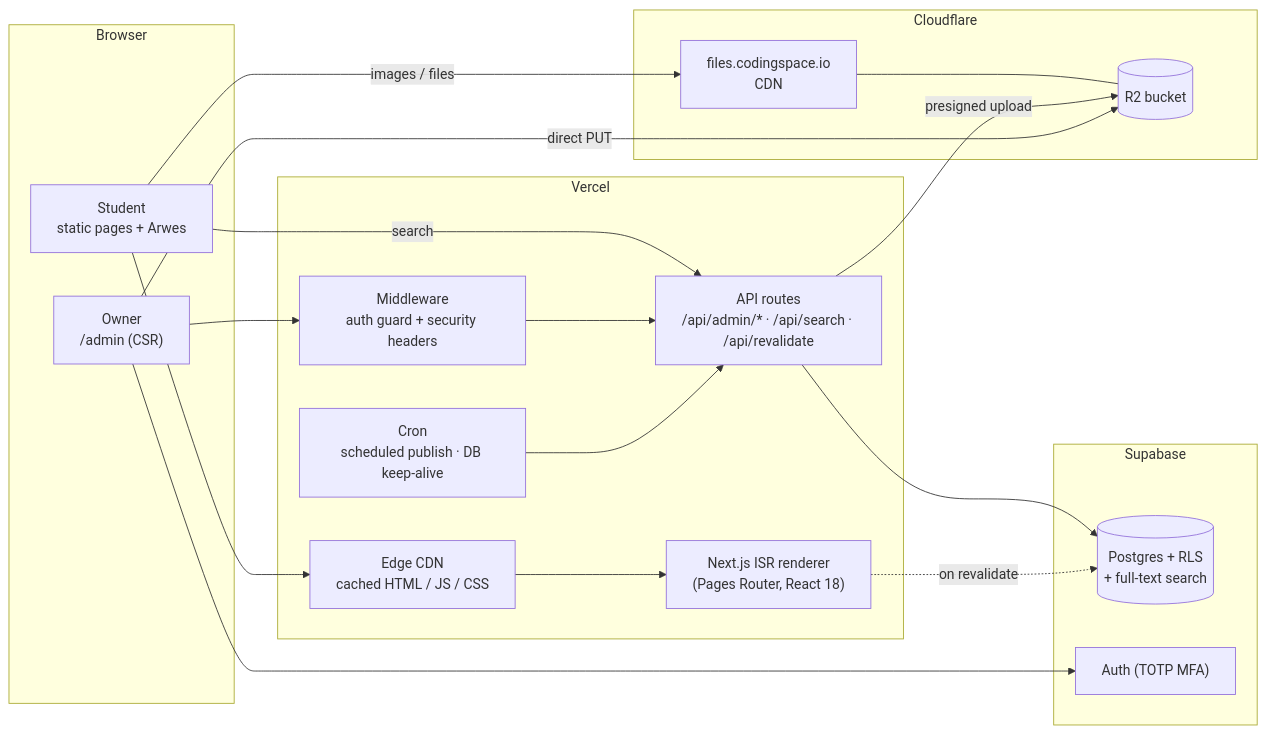
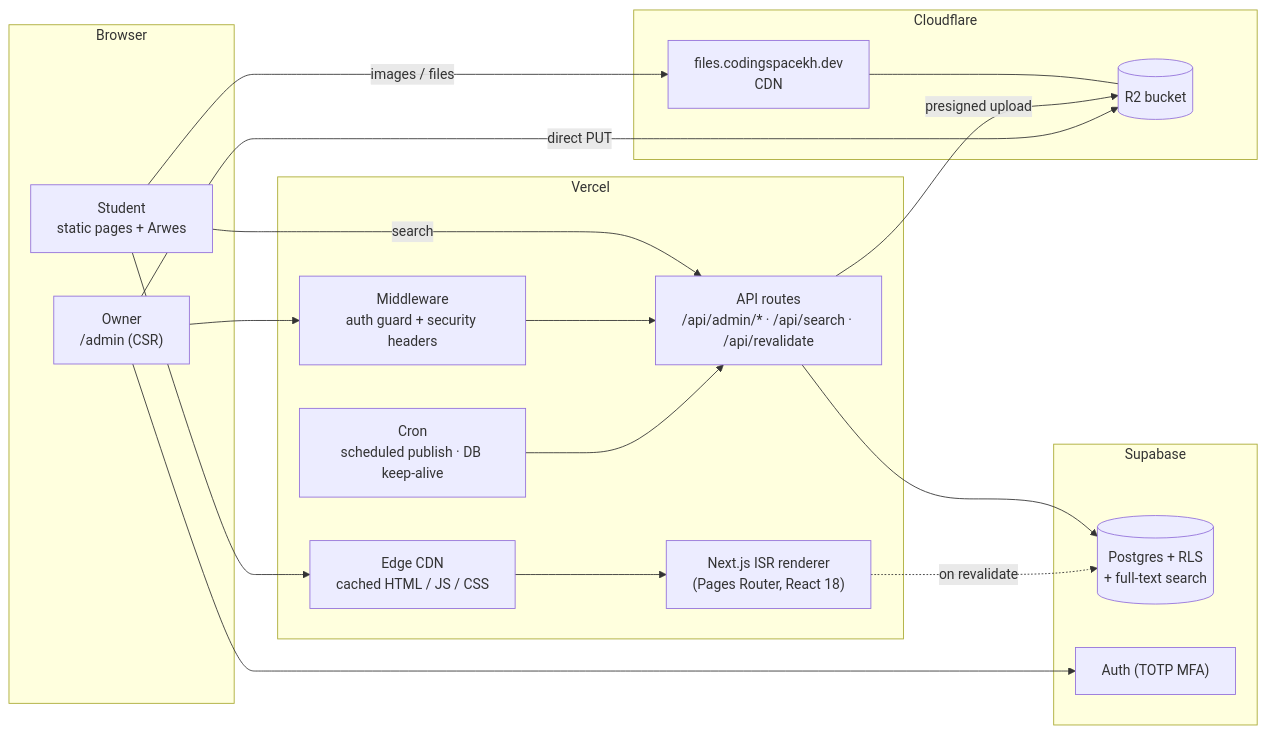
Before and after one commit to codingspacekh/codingspace: the first of 3 diagrams in docs/03-system-analysis.md, drawn with Mermaid. The commit also changed other lines of this file and 31 other files, not shown here.

First line of the commit message:
Domain: codingspacekh.dev (#46)

````diff
--- a/docs/03-system-analysis.md
+++ b/docs/03-system-analysis.md
@@ -145,32 +145,32 @@
 ```mermaid
 flowchart LR
   subgraph Browser
     S["Student<br/>static pages + Arwes"]
     A["Owner<br/>/admin (CSR)"]
   end
   subgraph Vercel["Vercel"]
     CDN["Edge CDN<br/>cached HTML / JS / CSS"]
     ISR["Next.js ISR renderer<br/>(Pages Router, React 18)"]
     API["API routes<br/>/api/admin/* · /api/search · /api/revalidate"]
     MW["Middleware<br/>auth guard + security headers"]
     CRON["Cron<br/>scheduled publish · DB keep-alive"]
   end
   subgraph Supabase
     DB[("Postgres + RLS<br/>+ full-text search")]
     AU["Auth (TOTP MFA)"]
   end
   subgraph Cloudflare
     R2[("R2 bucket")]
-    FCDN["files.codingspace.io<br/>CDN"]
+    FCDN["files.codingspacekh.dev<br/>CDN"]
   end
   S --> CDN --> ISR
   S -- images / files --> FCDN --- R2
   S -- search --> API
   A --> MW --> API
   A --> AU
   API --> DB
   API -- presigned upload --> R2
   A -- direct PUT --> R2
   ISR -. on revalidate .-> DB
   CRON --> API
 ```
````
